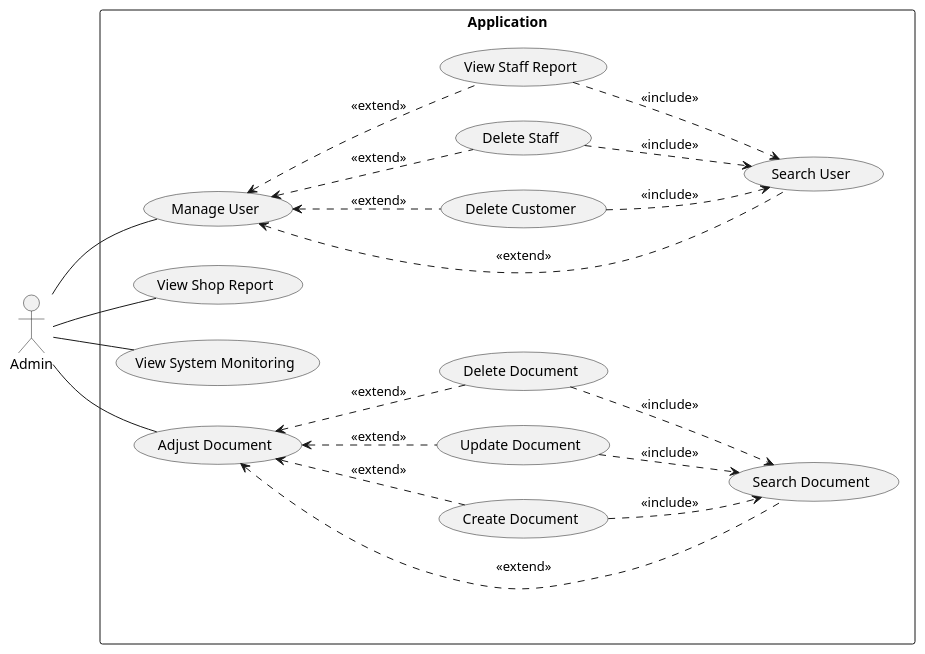
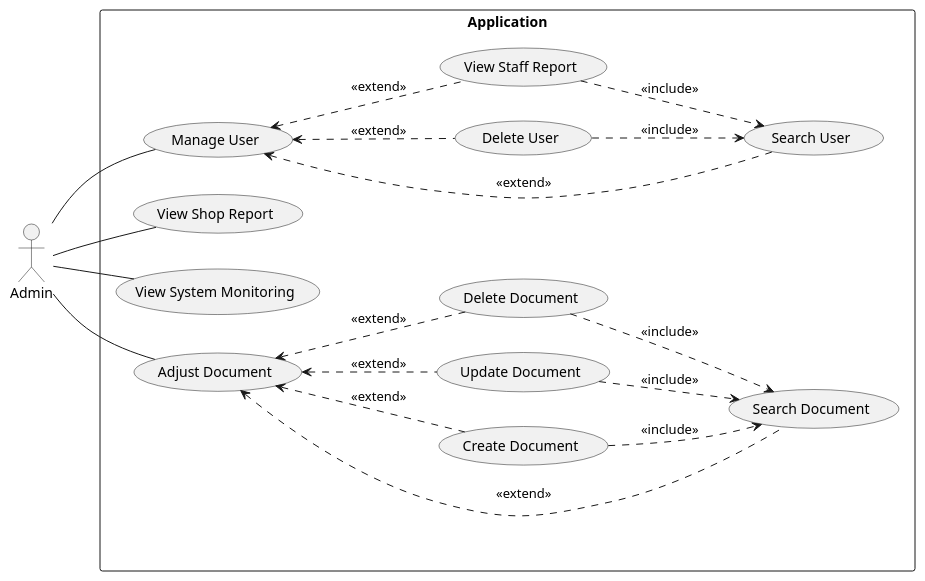
One commit to electricilies/electricilies.github.io changed the diagram in docs/docs/use-case/admin.md. Above: the diagram before and after it, drawn with PlantUML. The commit also changed 9 other files, not shown here.

Commit message:
refactor: merge delete-staff delete-customer into delete-user, and some changes

````diff
--- a/docs/docs/use-case/admin.md
+++ b/docs/docs/use-case/admin.md
@@ -3,42 +3,39 @@
 ```plantuml
 @startuml
 left to right direction
 actor Admin
 
 rectangle "Application" {
   usecase UC01 as "Manage User"
   usecase UC02 as "Search User"
-  usecase UC03 as "Delete Customer"
-  usecase UC04 as "Delete Staff"
-  usecase UC05 as "View Staff Report"
-  usecase UC06 as "View Shop Report"
-  usecase UC07 as "View System Monitoring"
-  usecase UC08 as "Adjust Document"
-  usecase UC09 as "Search Document"
-  usecase UC10 as "Create Document"
-  usecase UC11 as "Update Document"
-  usecase UC12 as "Delete Document"
+  usecase UC03 as "Delete User"
+  usecase UC04 as "View Staff Report"
+  usecase UC05 as "View Shop Report"
+  usecase UC06 as "View System Monitoring"
+  usecase UC07 as "Adjust Document"
+  usecase UC08 as "Search Document"
+  usecase UC09 as "Create Document"
+  usecase UC10 as "Update Document"
+  usecase UC11 as "Delete Document"
 }
 
 Admin -- UC01
+Admin -- UC05
 Admin -- UC06
 Admin -- UC07
-Admin -- UC08
 
 UC01 <.. UC02 : <<extend>>
 UC01 <.. UC03 : <<extend>>
 UC01 <.. UC04 : <<extend>>
-UC01 <.. UC05 : <<extend>>
 UC03 ..> UC02 : <<include>>
 UC04 ..> UC02 : <<include>>
-UC05 ..> UC02 : <<include>>
-UC08 <.. UC09 : <<extend>>
-UC08 <.. UC10 : <<extend>>
-UC08 <.. UC11 : <<extend>>
-UC08 <.. UC12 : <<extend>>
-UC10 ..> UC09 : <<include>>
-UC11 ..> UC09 : <<include>>
-UC12 ..> UC09 : <<include>>
+UC07 <.. UC08 : <<extend>>
+UC07 <.. UC09 : <<extend>>
+UC07 <.. UC10 : <<extend>>
+UC07 <.. UC11 : <<extend>>
+UC09 ..> UC08 : <<include>>
+UC10 ..> UC08 : <<include>>
+UC11 ..> UC08 : <<include>>
 
 @enduml
 ```
````
